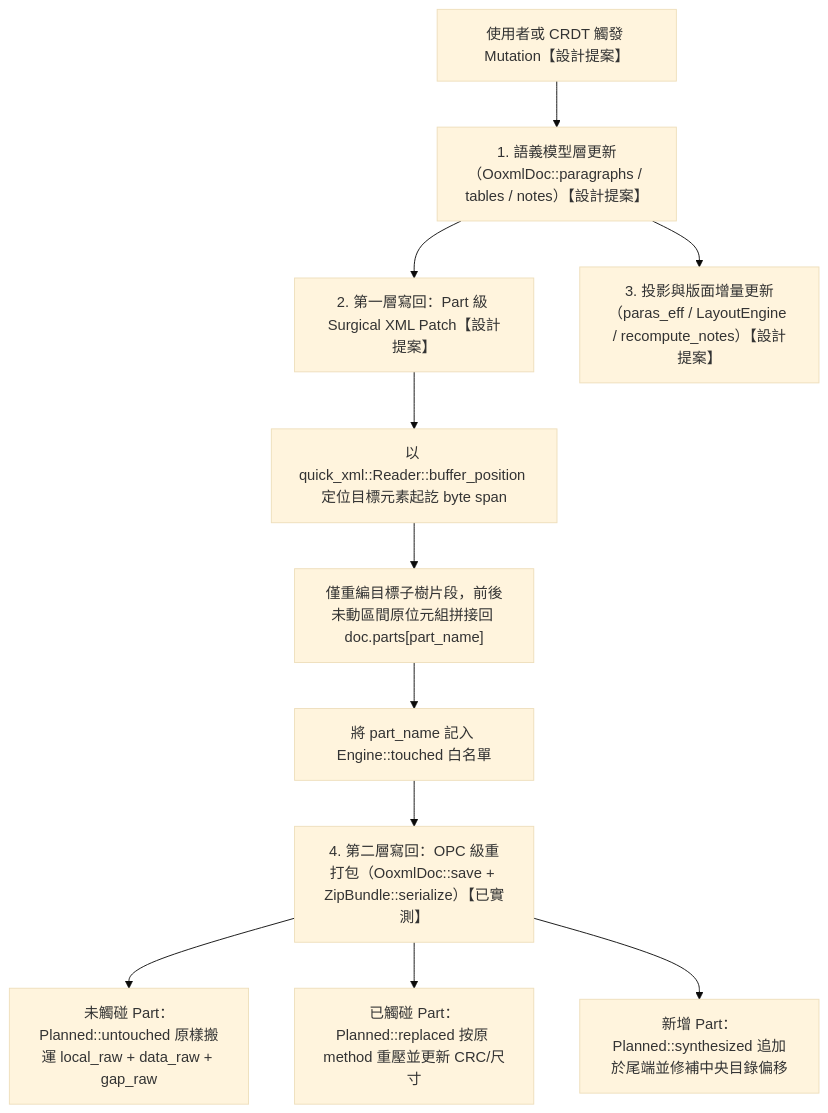
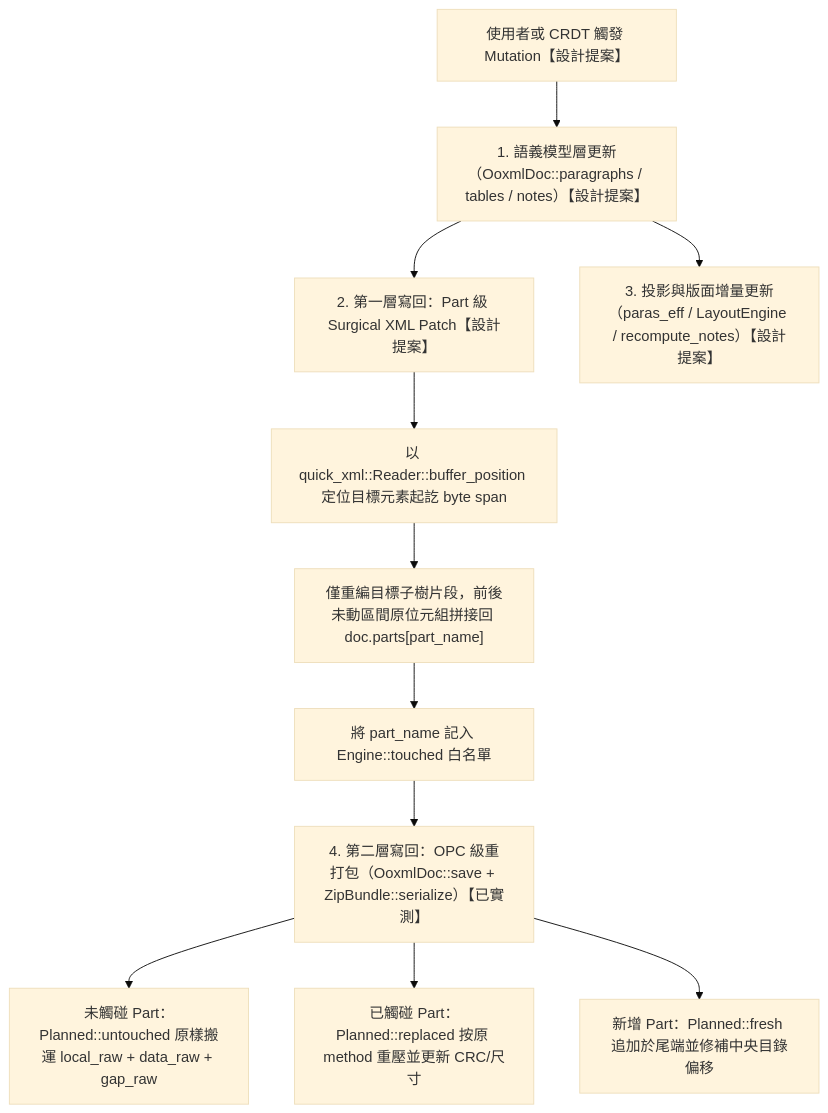
One commit to quire-office/quire changed the diagram in docs/edit-api-design.md. Above: the diagram before and after it, drawn with Mermaid (base theme). The commit also changed other lines of this file, not shown here.

````diff
--- a/docs/edit-api-design.md
+++ b/docs/edit-api-design.md
@@ -409,13 +409,13 @@
 ```mermaid
 flowchart TD
     A["使用者或 CRDT 觸發 Mutation【設計提案】"] --> B["1. 語義模型層更新（OoxmlDoc::paragraphs / tables / notes）【設計提案】"]
     B --> C["2. 第一層寫回：Part 級 Surgical XML Patch【設計提案】"]
     C --> C1["以 quick_xml::Reader::buffer_position 定位目標元素起訖 byte span"]
     C1 --> C2["僅重編目標子樹片段，前後未動區間原位元組拼接回 doc.parts[part_name]"]
     C2 --> C3["將 part_name 記入 Engine::touched 白名單"]
     B --> D["3. 投影與版面增量更新（paras_eff / LayoutEngine / recompute_notes）【設計提案】"]
     C3 --> E["4. 第二層寫回：OPC 級重打包（OoxmlDoc::save + ZipBundle::serialize）【已實測】"]
     E --> E1["未觸碰 Part：Planned::untouched 原樣搬運 local_raw + data_raw + gap_raw"]
     E --> E2["已觸碰 Part：Planned::replaced 按原 method 重壓並更新 CRC/尺寸"]
-    E --> E3["新增 Part：Planned::synthesized 追加於尾端並修補中央目錄偏移"]
+    E --> E3["新增 Part：Planned::fresh 追加於尾端並修補中央目錄偏移"]
 ```
````
